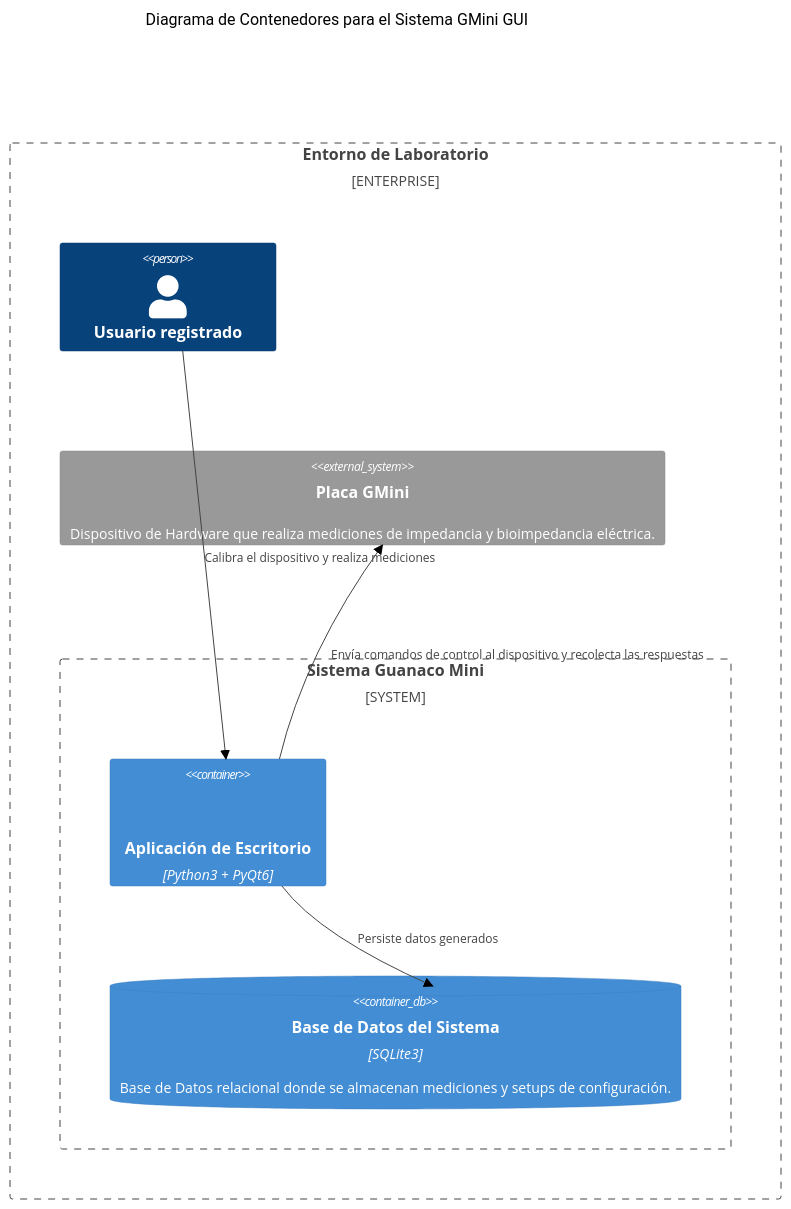
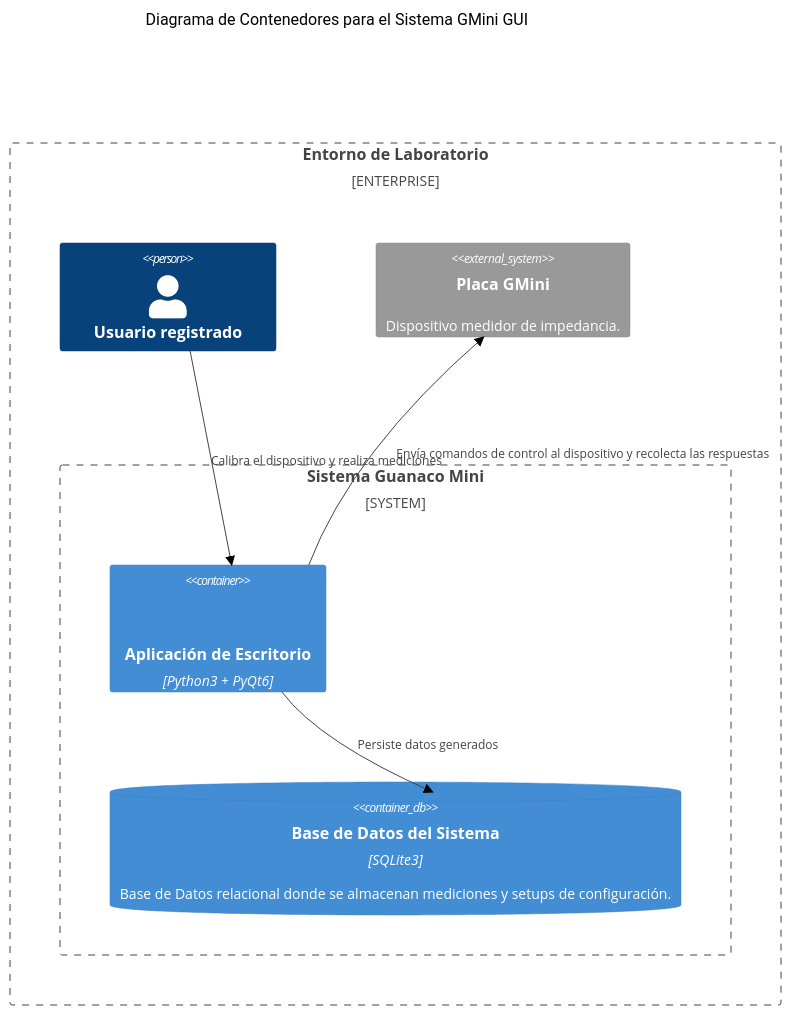
Before and after one commit to alegrelias/Repo-GMini: diagram 23 of 24 in Gmini-MarkDown/Guanaco Mini.md, drawn with Mermaid (forest theme). The commit also changed other lines of this file and 1 other file, not shown here.

Commit message:
Se modifican diagramas de arquitectura para mantener metodología C4

````diff
--- a/Gmini-MarkDown/Guanaco Mini.md
+++ b/Gmini-MarkDown/Guanaco Mini.md
@@ -2359,25 +2359,25 @@
 ```mermaid
 C4Container
 
 title Diagrama de Contenedores para el Sistema GMini GUI
 
 Enterprise_Boundary(LEAB, "Entorno de Laboratorio") {
 
 Person(user, "Usuario registrado")
 
 System_Boundary(sys_gmini, "Sistema Guanaco Mini"){
 
 Container(app, "Aplicación de Escritorio", "Python3 + PyQt6" ,"Provee la interfaz gráfica de usuario y la lógica de negocio para interactuar con el Hardware.")
 
 ContainerDb(sqlite, "Base de Datos del Sistema", "SQLite3", "Base de Datos relacional donde se almacenan mediciones y setups de configuración.")
 
 }
 
-System_Ext(ESP32, "Placa GMini", "Dispositivo de Hardware que realiza mediciones de impedancia y bioimpedancia eléctrica.")
+System_Ext(ESP32, "Placa GMini", "Dispositivo medidor de impedancia.")
 
 }
 
 Rel(user, app, "Calibra el dispositivo y realiza mediciones")
 Rel(app, sqlite, "Persiste datos generados")
 Rel(app, ESP32, "Envía comandos de control al dispositivo y recolecta las respuestas")
 ```
````
